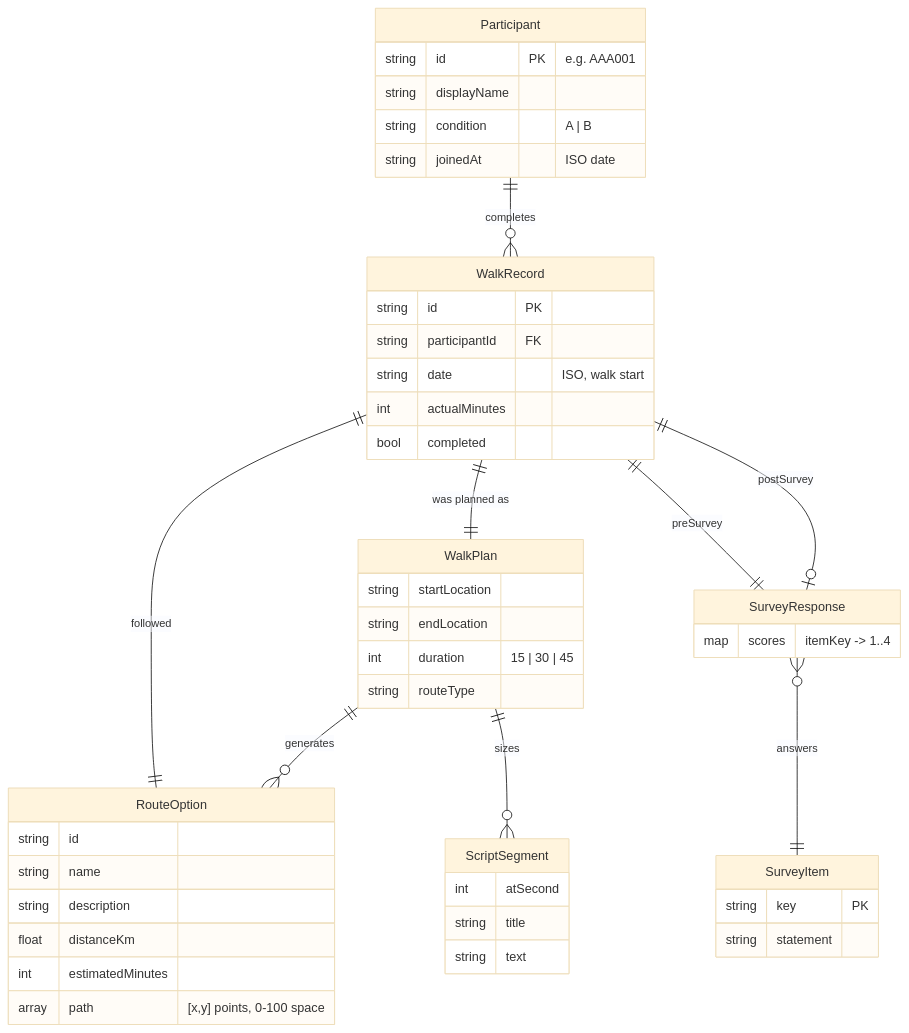
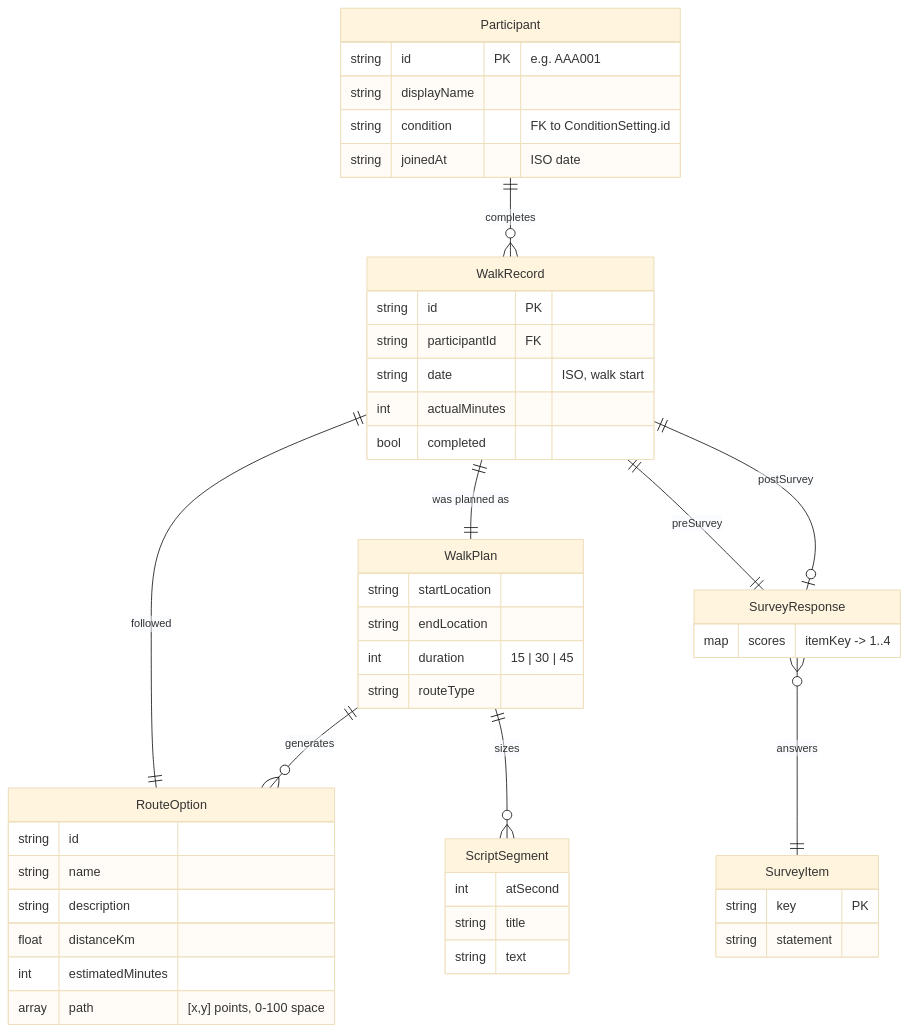
One commit to HRI-Sim-DJGCV/IT-Project changed the first of 2 diagrams in docs/frontend-domain-model.md. Above: the diagram before and after it, drawn with Mermaid (base theme). The commit also changed other lines of this file and 18 other files, not shown here.

````diff
--- a/docs/frontend-domain-model.md
+++ b/docs/frontend-domain-model.md
@@ -9,51 +9,51 @@
 ```mermaid
 erDiagram
     Participant ||--o{ WalkRecord : "completes"
     WalkRecord ||--|| WalkPlan : "was planned as"
     WalkRecord ||--|| RouteOption : "followed"
     WalkRecord ||--|| SurveyResponse : "preSurvey"
     WalkRecord ||--o| SurveyResponse : "postSurvey"
     SurveyResponse }o--|| SurveyItem : "answers"
     WalkPlan ||--o{ RouteOption : "generates"
     WalkPlan ||--o{ ScriptSegment : "sizes"
 
     Participant {
         string id PK "e.g. AAA001"
         string displayName
-        string condition "A | B"
+        string condition "FK to ConditionSetting.id"
         string joinedAt "ISO date"
     }
     WalkRecord {
         string id PK
         string participantId FK
         string date "ISO, walk start"
         int actualMinutes
         bool completed
     }
     WalkPlan {
         string startLocation
         string endLocation
         int duration "15 | 30 | 45"
         string routeType
     }
     RouteOption {
         string id
         string name
         string description
         float distanceKm
         int estimatedMinutes
         array path "[x,y] points, 0-100 space"
     }
     SurveyItem {
         string key PK
         string statement
     }
     SurveyResponse {
         map scores "itemKey -> 1..4"
     }
     ScriptSegment {
         int atSecond
         string title
         string text
     }
 ```
````
